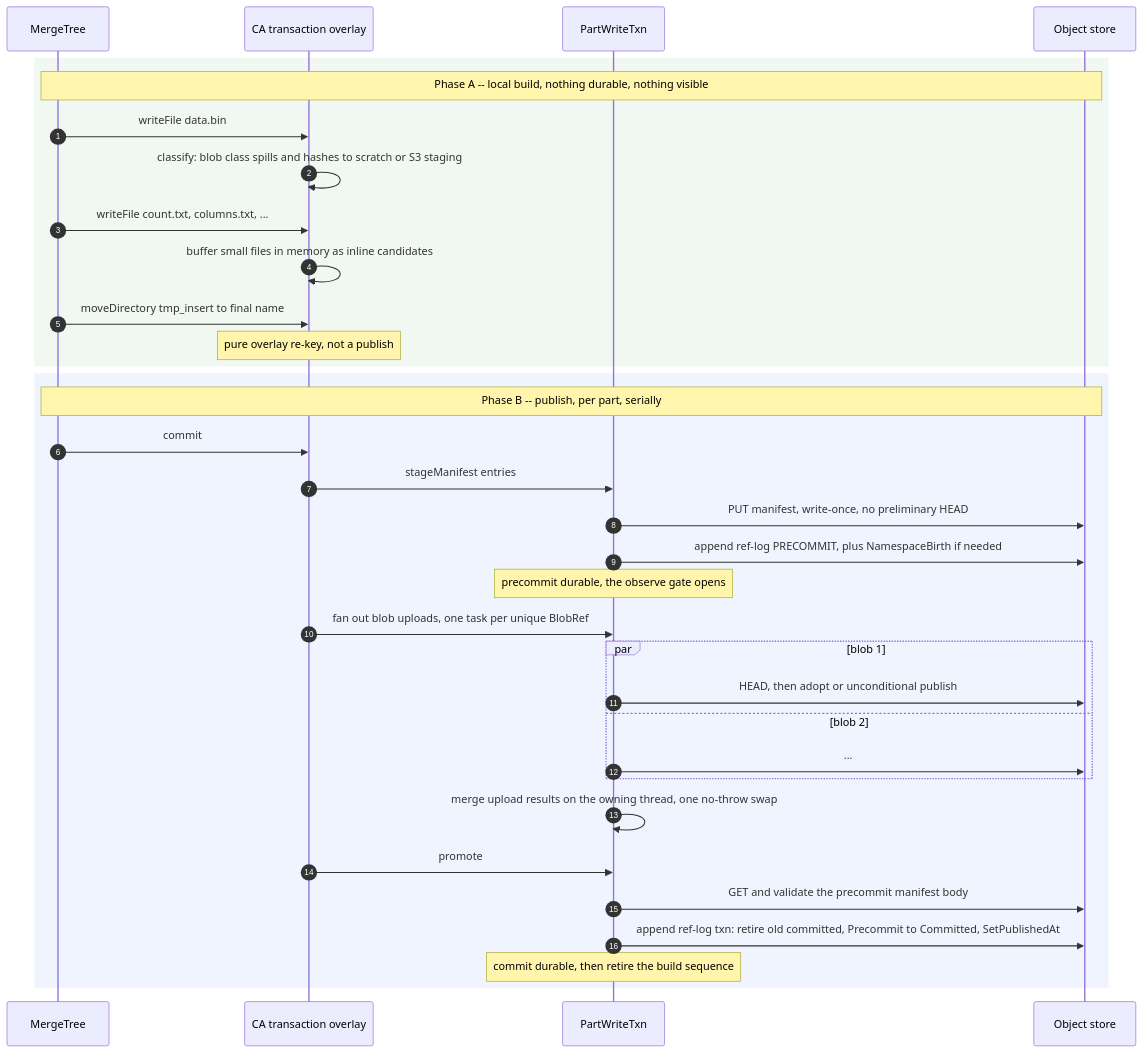
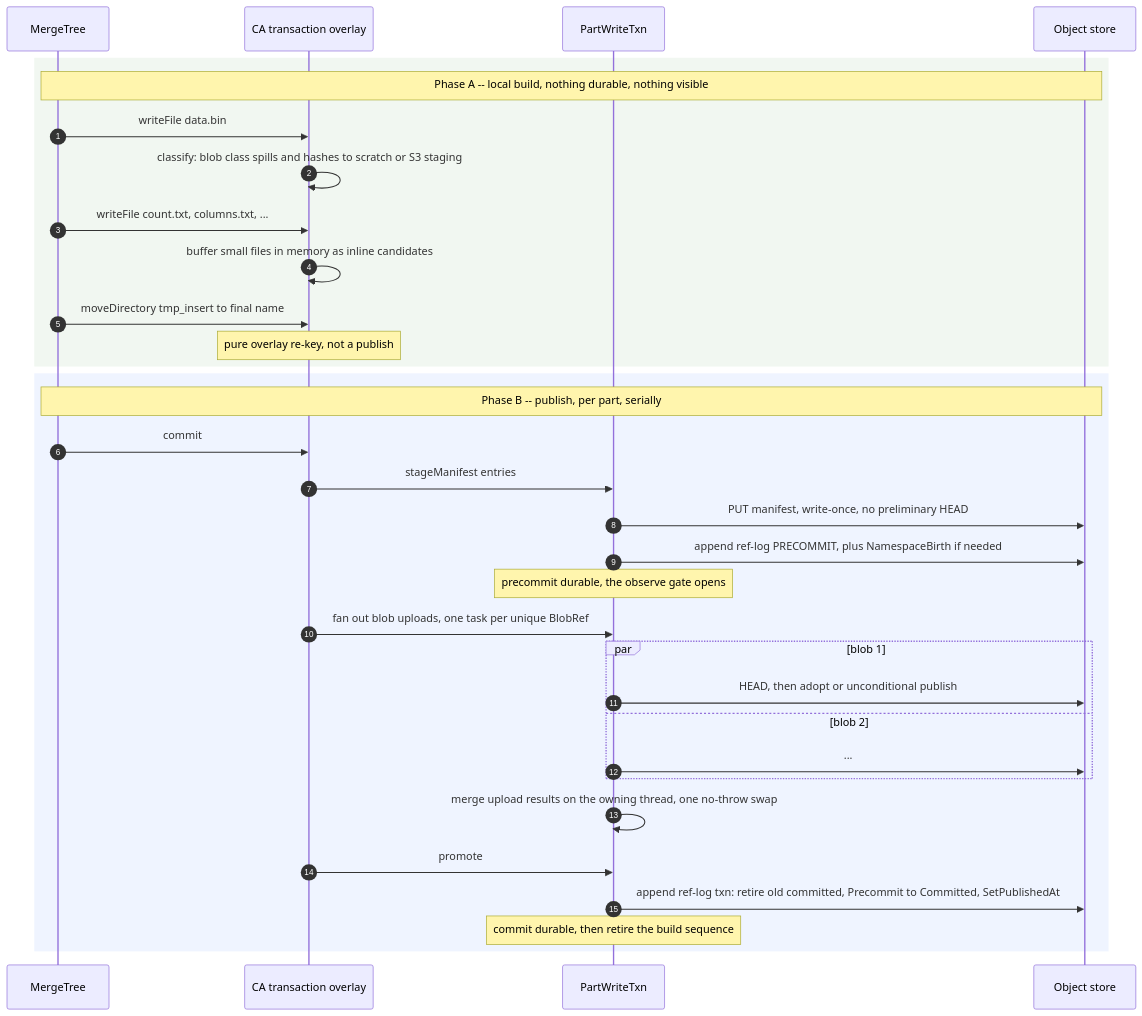
One commit to Altinity/ClickHouse changed the diagram in docs/en/antalya/cas/architecture/part-lifecycle.md. Above: the diagram before and after it, drawn with Mermaid. The commit also changed other lines of this file and 5 other files, not shown here.

````diff
--- a/docs/en/antalya/cas/architecture/part-lifecycle.md
+++ b/docs/en/antalya/cas/architecture/part-lifecycle.md
@@ -23,38 +23,37 @@
 ```mermaid
 sequenceDiagram
     autonumber
     participant MT as MergeTree
     participant TX as CA transaction overlay
     participant PW as PartWriteTxn
     participant S3 as Object store
 
     rect rgba(140,190,140,0.12)
     Note over MT,S3: Phase A -- local build, nothing durable, nothing visible
     MT->>TX: writeFile data.bin
     TX->>TX: classify: blob class spills and hashes to scratch or S3 staging
     MT->>TX: writeFile count.txt, columns.txt, ...
     TX->>TX: buffer small files in memory as inline candidates
     MT->>TX: moveDirectory tmp_insert to final name
     Note over TX: pure overlay re-key, not a publish
     end
 
     rect rgba(120,160,255,0.12)
     Note over MT,S3: Phase B -- publish, per part, serially
     MT->>TX: commit
     TX->>PW: stageManifest entries
     PW->>S3: PUT manifest, write-once, no preliminary HEAD
     PW->>S3: append ref-log PRECOMMIT, plus NamespaceBirth if needed
     Note over PW: precommit durable, the observe gate opens
     TX->>PW: fan out blob uploads, one task per unique BlobRef
     par blob 1
         PW->>S3: HEAD, then adopt or unconditional publish
     and blob 2
         PW->>S3: ...
     end
     PW->>PW: merge upload results on the owning thread, one no-throw swap
     TX->>PW: promote
-    PW->>S3: GET and validate the precommit manifest body
     PW->>S3: append ref-log txn: retire old committed, Precommit to Committed, SetPublishedAt
     Note over PW: commit durable, then retire the build sequence
     end
 ```
````
